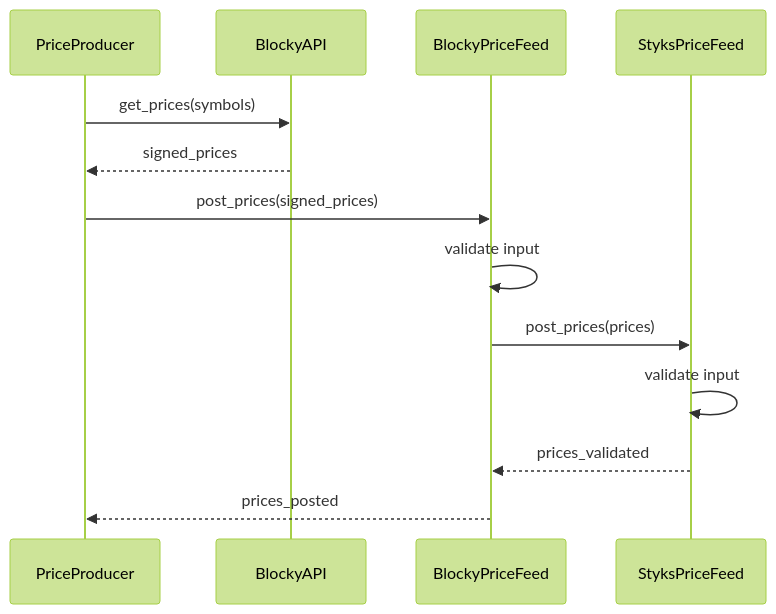
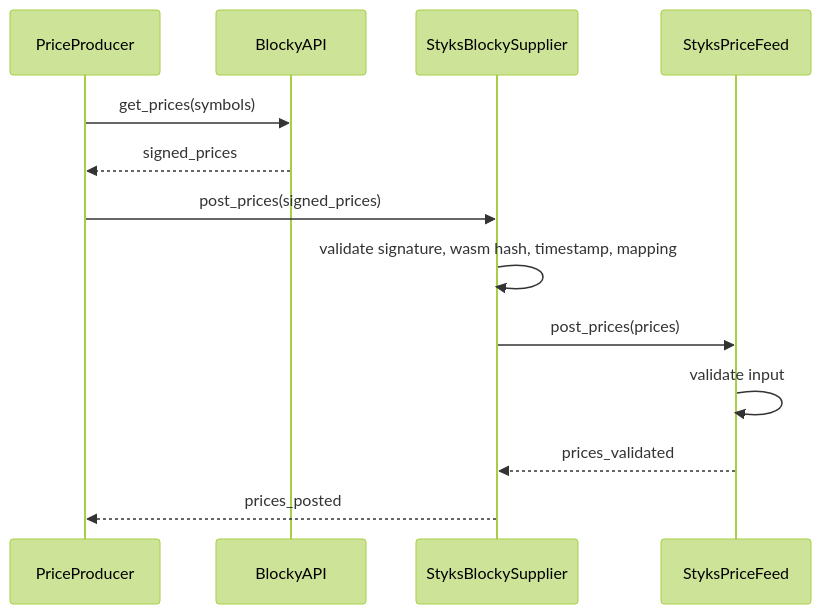
The second of 2 diagrams in README.md (odradev/styks), drawn with Mermaid (forest theme) before and after one commit. The commit also changed other lines of this file and 3 other files, not shown here.

````diff
--- a/README.md
+++ b/README.md
@@ -260,18 +265,18 @@
 ```mermaid
 
 sequenceDiagram
     participant PriceProducer
     participant BlockyAPI
-    participant BlockyPriceFeed
+    participant StyksBlockySupplier
     participant StyksPriceFeed
 
     PriceProducer->>BlockyAPI: get_prices(symbols)
     BlockyAPI-->>PriceProducer: signed_prices
-    PriceProducer->>BlockyPriceFeed: post_prices(signed_prices)
-    BlockyPriceFeed->>BlockyPriceFeed: validate input
-    BlockyPriceFeed->>StyksPriceFeed: post_prices(prices)
+    PriceProducer->>StyksBlockySupplier: post_prices(signed_prices)
+    StyksBlockySupplier->>StyksBlockySupplier: validate signature, wasm hash, timestamp, mapping
+    StyksBlockySupplier->>StyksPriceFeed: post_prices(prices)
 
     StyksPriceFeed->>StyksPriceFeed: validate input
-    StyksPriceFeed-->>BlockyPriceFeed: prices_validated
-    BlockyPriceFeed-->>PriceProducer: prices_posted
+    StyksPriceFeed-->>StyksBlockySupplier: prices_validated
+    StyksBlockySupplier-->>PriceProducer: prices_posted
 ```
````
